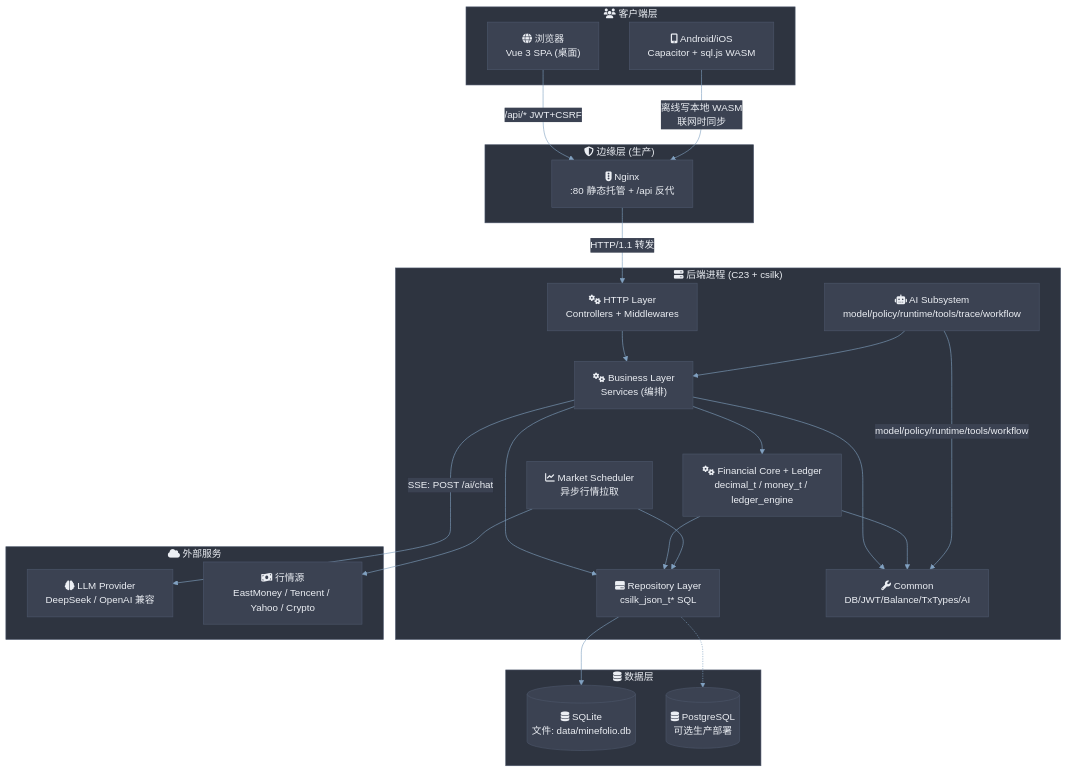
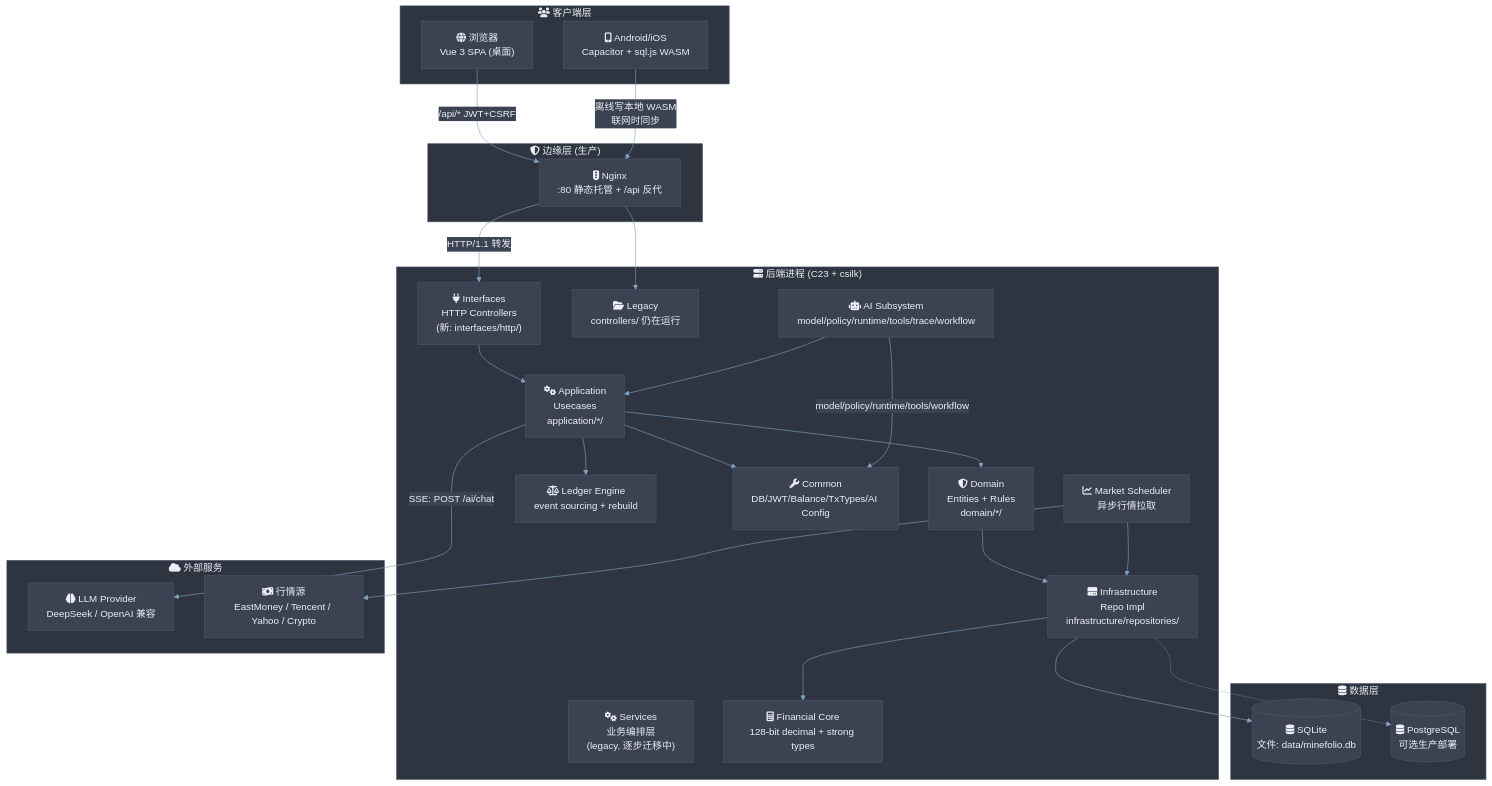
The first of 9 diagrams in docs/architecture.md (quintin-lee/Minefolio), drawn with Mermaid before and after one commit. The commit also changed other lines of this file, not shown here.

Commit message:
docs(architecture): 📝 v1.1 — add DDD 4-layer architecture, expand to 20 CUnit tests, document legacy↔new dual-registration migration path

````diff
--- a/docs/architecture.md
+++ b/docs/architecture.md
@@ -23,60 +23,65 @@
 ```mermaid
 %%{init: {
   'theme': 'base',
   'themeVariables': {
     'background': '#2E3440','primaryColor': '#81A1C1','primaryBorderColor': '#4C566A',
     'primaryTextColor': '#ECEFF4','secondaryColor': '#3B4252','secondaryBorderColor': '#434C5E',
     'secondaryTextColor': '#D8DEE9','lineColor': '#81A1C1','textColor': '#ECEFF4',
     'mainBkg': '#3B4252','nodeBorder': '#4C566A','clusterBkg': '#2E3440',
     'clusterBorder': '#4C566A','titleColor': '#ECEFF4','edgeLabelBackground': '#3B4252',
     'nodeTextColor': '#ECEFF4'
   },
   'flowchart': {'htmlLabels': true, 'curve': 'basis'}
 }}%%
 graph TB
     subgraph clients["fa:fa-users 客户端层"]
         browser["fa:fa-globe 浏览器<br/>Vue 3 SPA (桌面)"]
         mobile["fa:fa-mobile-alt Android/iOS<br/>Capacitor + sql.js WASM"]
     end
 
     subgraph edge["fa:fa-shield-alt 边缘层 (生产)"]
         nginx["fa:fa-traffic-light Nginx<br/>:80 静态托管 + /api 反代"]
     end
 
     subgraph backend["fa:fa-server 后端进程 (C23 + csilk)"]
-        http["fa:fa-cogs HTTP Layer<br/>Controllers + Middlewares"]
-        core["fa:fa-cogs Financial Core + Ledger<br/>decimal_t / money_t / ledger_engine"]
-        biz["fa:fa-cogs Business Layer<br/>Services (编排)"]
-        repo["fa:fa-hdd Repository Layer<br/>csilk_json_t* SQL"]
-        shared["fa:fa-wrench Common<br/>DB/JWT/Balance/TxTypes/AI"]
+        interfaces["fa:fa-plug Interfaces<br/>HTTP Controllers<br/>(新: interfaces/http/)"]
+        legacy_ctrl["fa:fa-folder-open Legacy<br/>controllers/ 仍在运行"]
+        svc["fa:fa-cogs Services<br/>业务编排层<br/>(legacy, 逐步迁移中)"]
+        app["fa:fa-cogs Application<br/>Usecases<br/>application/*/"]
+        domain["fa:fa-shield-alt Domain<br/>Entities + Rules<br/>domain/*/"]
+        infra["fa:fa-hdd Infrastructure<br/>Repo Impl<br/>infrastructure/repositories/"]
+        core["fa:fa-calculator Financial Core<br/>128-bit decimal + strong types"]
+        ledger["fa:fa-balance-scale Ledger Engine<br/>event sourcing + rebuild"]
+        shared["fa:fa-wrench Common<br/>DB/JWT/Balance/TxTypes/AI Config"]
         ai["fa:fa-robot AI Subsystem<br/>model/policy/runtime/tools/trace/workflow"]
         market["fa:fa-chart-line Market Scheduler<br/>异步行情拉取"]
     end
 
     subgraph data["fa:fa-database 数据层"]
         sqlite[("fa:fa-database SQLite<br/>文件: data/minefolio.db")]
         pg[("fa:fa-database PostgreSQL<br/>可选生产部署")]
     end
 
     subgraph external["fa:fa-cloud 外部服务"]
         llm["fa:fa-brain LLM Provider<br/>DeepSeek / OpenAI 兼容"]
         quotes["fa:fa-money-bill-wave 行情源<br/>EastMoney / Tencent / Yahoo / Crypto"]
     end
 
     browser -->|"/api/* JWT+CSRF"| nginx
     mobile -->|"离线写本地 WASM<br/>联网时同步"| nginx
-    nginx -->|"HTTP/1.1 转发"| http
-    http --> biz
-    biz --> core
-    biz --> repo
-    biz --> shared
-    ai --> biz
-    core --> repo
-    core --> shared
+    nginx -->|"HTTP/1.1 转发"| interfaces
+    nginx --> legacy_ctrl
+    interfaces --> app
+    app --> domain
+    domain --> infra
+    infra --> core
+    app --> ledger
+    app --> shared
+    ai --> app
     ai -->|"model/policy/runtime/tools/workflow"| shared
-    repo --> sqlite
-    repo -.-> pg
-    biz -->|"SSE: POST /ai/chat"| llm
     market --> quotes
-    market --> repo
+    market --> infra
+    app -->|"SSE: POST /ai/chat"| llm
+    infra --> sqlite
+    infra -.-> pg
 ```
````
